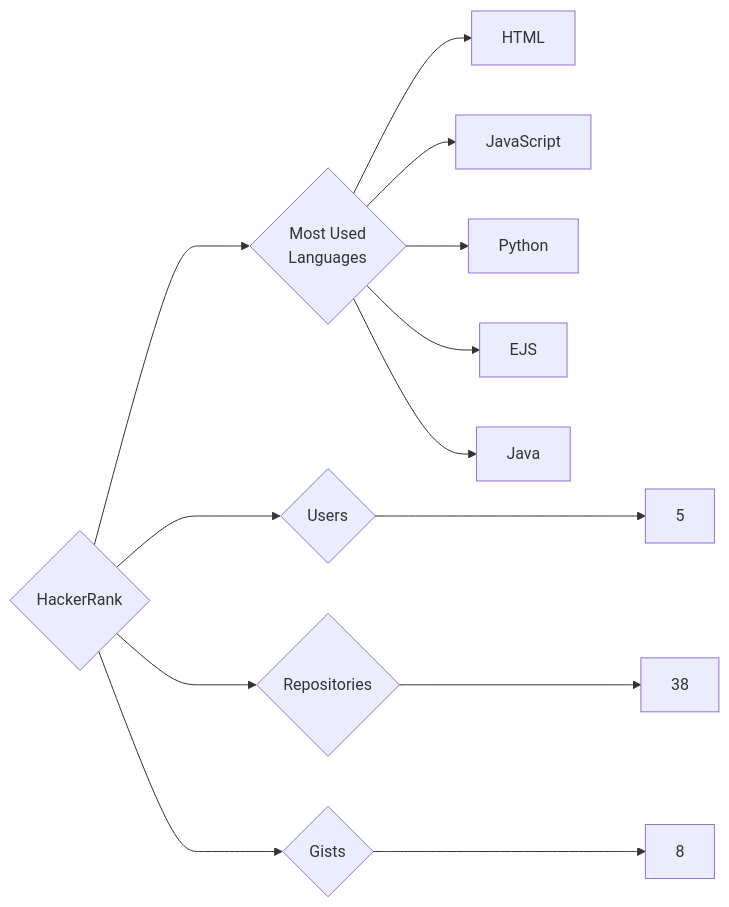
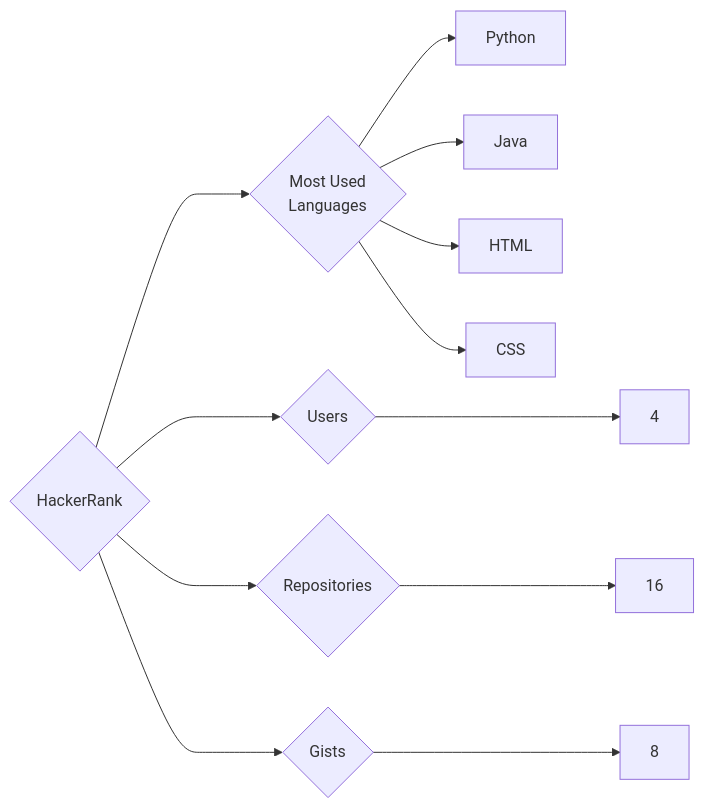
Before and after one commit to trickest/insiders: the diagram in targets/HackerRank/README.md, drawn with Mermaid. The commit also changed 679 other files, not shown here.

````diff
--- a/targets/HackerRank/README.md
+++ b/targets/HackerRank/README.md
@@ -3,13 +3,12 @@
 ```mermaid
 graph LR
 COMPANY_NAME{HackerRank}
-COMPANY_NAME ---> U{Users} ---> UN[5]
-COMPANY_NAME ---> R{Repositories} ---> RN[38]
+COMPANY_NAME ---> U{Users} ---> UN[4]
+COMPANY_NAME ---> R{Repositories} ---> RN[16]
 COMPANY_NAME ---> G{Gists} ---> GN[8]
 COMPANY_NAME ---> ML{Most Used<br>Languages}
+ML --> Python[Python]
+ML --> Java[Java]
 ML --> HTML[HTML]
-ML --> JavaScript[JavaScript]
-ML --> Python[Python]
-ML --> EJS[EJS]
-ML --> Java[Java]
+ML --> CSS[CSS]
 ```
````
